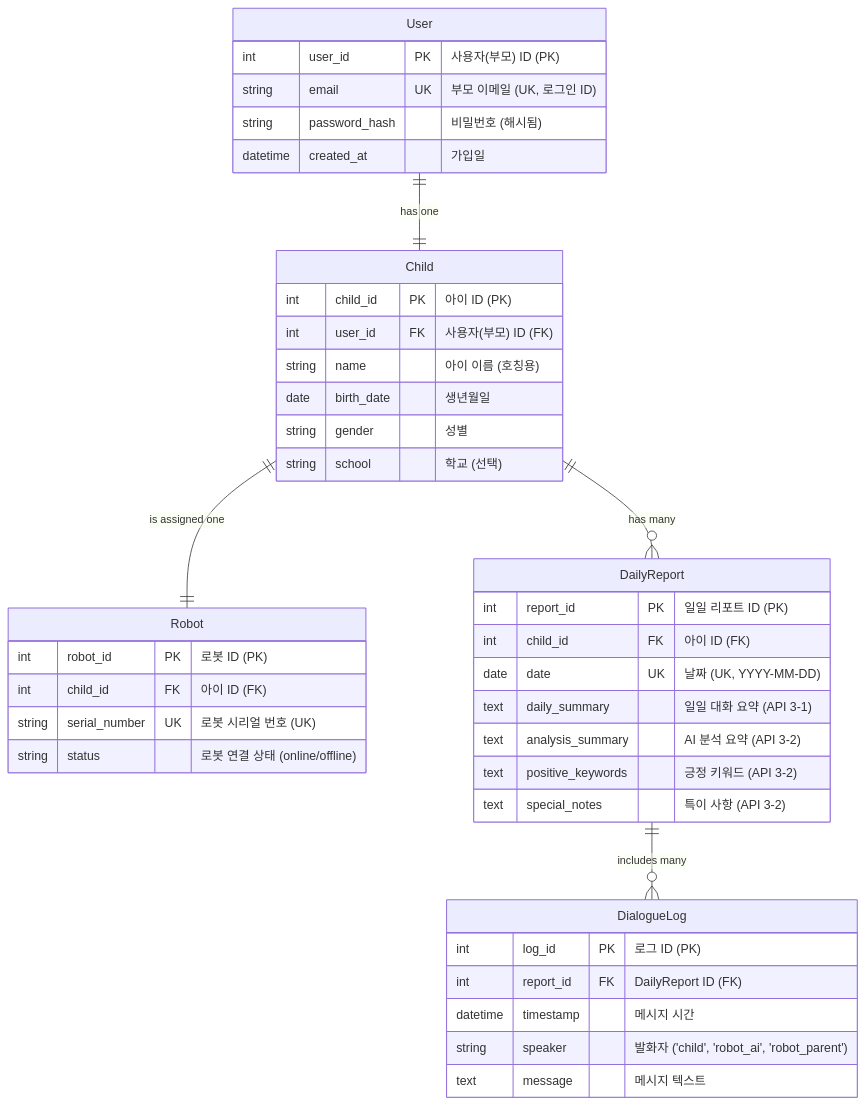
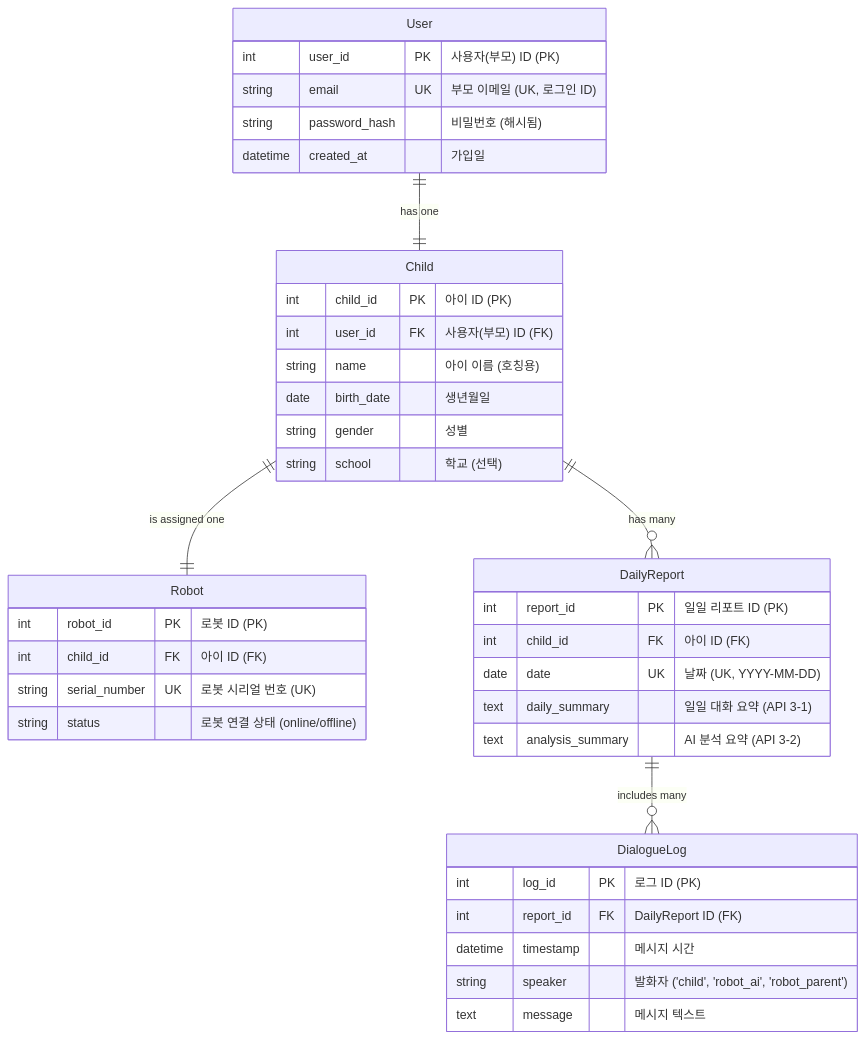
Before and after one commit to jiminh03/okeyducky: the diagram in BackEnd/Design/ERD.mmd, drawn with Mermaid. The commit also changed 3 other files, not shown here.

```diff
--- a/BackEnd/Design/ERD.mmd
+++ b/BackEnd/Design/ERD.mmd
@@ -1,47 +1,45 @@
 erDiagram
     User {
         int user_id PK "사용자(부모) ID (PK)"
         string email UK "부모 이메일 (UK, 로그인 ID)"
         string password_hash "비밀번호 (해시됨)"
         datetime created_at "가입일"
     }
 
     Child {
         int child_id PK "아이 ID (PK)"
         int user_id FK "사용자(부모) ID (FK)"
         string name "아이 이름 (호칭용)"
         date birth_date "생년월일"
         string gender "성별"
         string school "학교 (선택)"
     }
 
     Robot {
         int robot_id PK "로봇 ID (PK)"
         int child_id FK "아이 ID (FK)"
         string serial_number UK "로봇 시리얼 번호 (UK)"
         string status "로봇 연결 상태 (online/offline)"
     }
 
     DailyReport {
         int report_id PK "일일 리포트 ID (PK)"
         int child_id FK "아이 ID (FK)"
         date date UK "날짜 (UK, YYYY-MM-DD)"
         text daily_summary "일일 대화 요약 (API 3-1)"
         text analysis_summary "AI 분석 요약 (API 3-2)"
-        text positive_keywords "긍정 키워드 (API 3-2)"
-        text special_notes "특이 사항 (API 3-2)"
     }
 
     DialogueLog {
         int log_id PK "로그 ID (PK)"
         int report_id FK "DailyReport ID (FK)"
         datetime timestamp "메시지 시간"
         string speaker "발화자 ('child', 'robot_ai', 'robot_parent')"
         text message "메시지 텍스트"
     }
 
     %% --- 관계 정의 ---
     User ||--|| Child : "has one"
     Child ||--|| Robot : "is assigned one"
     Child ||--o{ DailyReport : "has many"
     DailyReport ||--o{ DialogueLog : "includes many"
```
